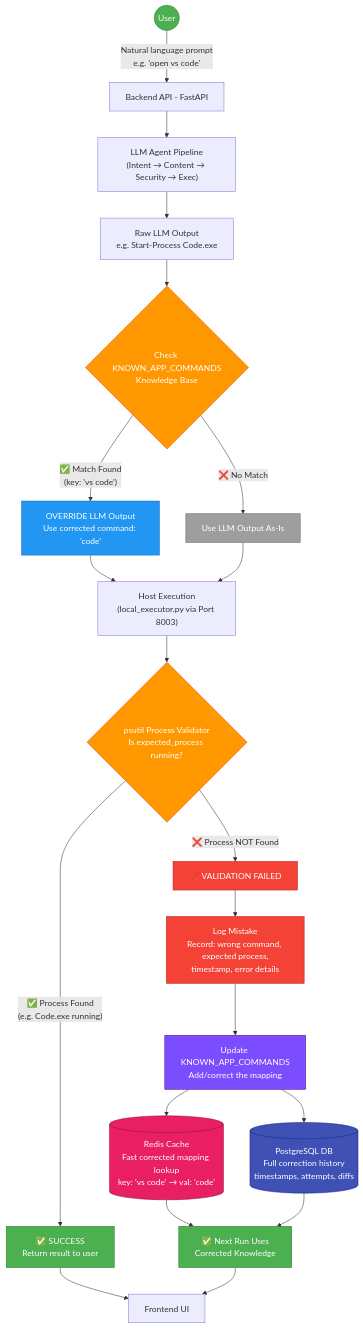
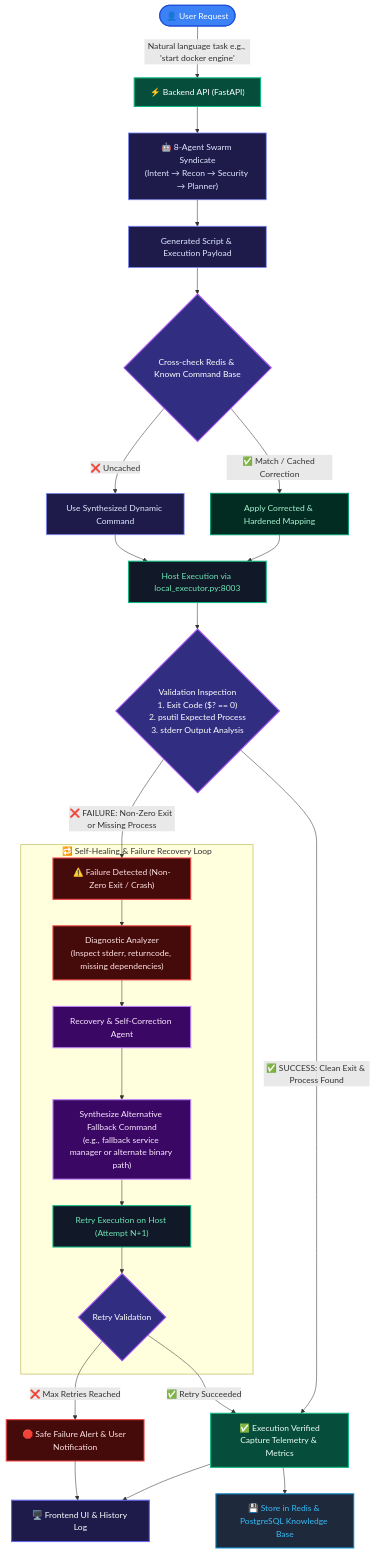
The diagram in docs/diagrams/learning_fix_flow.mmd (vishwajitvm/OmniShell), drawn with Mermaid before and after one commit. The commit also changed 19 other files, not shown here.

First line of the commit message:
feat: Enhance documentation and security for OmniShell

```diff
--- a/docs/diagrams/learning_fix_flow.mmd
+++ b/docs/diagrams/learning_fix_flow.mmd
@@ -1,66 +1,57 @@
-graph TD;
+graph TD
     %% ============================================================
-    %% COMPLETE LEARNING & SELF-CORRECTION SYSTEM
-    %% Shows how OmniShell learns from mistakes and self-corrects
+    %% COMPLETE LEARNING, SELF-CORRECTION & FAILURE RECOVERY FLOW
+    %% Demonstrates error trapping, telemetry, self-healing, and cache update
     %% ============================================================
 
     %% 1. User Prompt Entry
-    User((User)) -->|"Natural language prompt<br/>e.g. 'open vs code'"| Backend[Backend API - FastAPI];
+    User(["👤 User Request"]):::userClass -->|"Natural language task e.g., 'start docker engine'"| Backend["⚡ Backend API (FastAPI)"]:::backendClass
 
-    %% 2. LLM generates a raw command
-    Backend --> LLM["LLM Agent Pipeline<br/>(Intent → Content → Security → Exec)"];
-    LLM --> RawCmd["Raw LLM Output<br/>e.g. Start-Process Code.exe"];
+    %% 2. 8-Agent Swarm Processing
+    Backend --> Swarm["🤖 8-Agent Swarm Syndicate\n(Intent → Recon → Security → Planner)"]:::agentClass
+    Swarm --> CommandGen["Generated Script & Execution Payload"]:::agentClass
 
-    %% 3. Knowledge Base Check FIRST
-    RawCmd --> KBCheck{"Check KNOWN_APP_COMMANDS<br/>Knowledge Base"};
+    %% 3. Knowledge Base & Cache Cross-Check
+    CommandGen --> KBCheck{"Cross-check Redis & Known Command Base"}:::decisionClass
+    KBCheck -->|"✅ Match / Cached Correction"| Override["Apply Corrected & Hardened Mapping"]:::execClass
+    KBCheck -->|"❌ Uncached"| PassThru["Use Synthesized Dynamic Command"]:::agentClass
 
-    %% 4a. Match Found → Override LLM Output
-    KBCheck -->|"✅ Match Found<br/>(key: 'vs code')"| Override["OVERRIDE LLM Output<br/>Use corrected command: 'code'"];
+    %% 4. Execution on Native Host
+    Override --> Exec["Host Execution via local_executor.py:8003"]:::hostClass
+    PassThru --> Exec
 
-    %% 4b. No Match → Use LLM Output As-Is
-    KBCheck -->|"❌ No Match"| PassThru["Use LLM Output As-Is"];
+    %% 5. Verification & Telemetry Inspection
+    Exec --> Validate{"Validation Inspection\n1. Exit Code ($? == 0)\n2. psutil Expected Process\n3. stderr Output Analysis"}:::decisionClass
 
-    %% 5. Execution on Host
-    Override --> Exec["Host Execution<br/>(local_executor.py via Port 8003)"];
-    PassThru --> Exec;
+    %% 6a. Success Path
+    Validate -->|"✅ SUCCESS: Clean Exit & Process Found"| Success["✅ Execution Verified\nCapture Telemetry & Metrics"]:::verifyClass
+    Success --> UI["🖥️ Frontend UI & History Log"]:::uiClass
+    Success --> CacheSave["💾 Store in Redis & PostgreSQL Knowledge Base"]:::dbClass
 
-    %% 6. Process Validation with psutil
-    Exec --> Validate{"psutil Process Validator<br/>Is expected_process running?"};
+    %% 6b. Failure Path & Self-Correction
+    Validate -->|"❌ FAILURE: Non-Zero Exit or Missing Process"| Failure["⚠️ Failure Detected (Non-Zero Exit / Crash)"]:::failClass
+    
+    subgraph SelfHealing ["🔁 Self-Healing & Failure Recovery Loop"]
+        Failure --> Diagnostic["Diagnostic Analyzer\n(Inspect stderr, returncode, missing dependencies)"]:::failClass
+        Diagnostic --> RecoveryAgent["Recovery & Self-Correction Agent"]:::healClass
+        RecoveryAgent --> SynthesizeAlternative["Synthesize Alternative Fallback Command\n(e.g., fallback service manager or alternate binary path)"]:::healClass
+        SynthesizeAlternative --> RetryExec["Retry Execution on Host (Attempt N+1)"]:::hostClass
+        RetryExec --> RetryValidate{"Retry Validation"}:::decisionClass
+    end
 
-    %% 7a. Validation SUCCESS
-    Validate -->|"✅ Process Found<br/>(e.g. Code.exe running)"| Success["✅ SUCCESS<br/>Return result to user"];
-    Success --> UI[Frontend UI];
+    RetryValidate -->|"✅ Retry Succeeded"| Success
+    RetryValidate -->|"❌ Max Retries Reached"| UserAlert["🛑 Safe Failure Alert & User Notification"]:::failClass
+    UserAlert --> UI
 
-    %% 7b. Validation FAILS → Learn from mistake
-    Validate -->|"❌ Process NOT Found"| Fail["❌ VALIDATION FAILED"];
-
-    %% 8. Log the mistake
-    Fail --> LogMistake["Log Mistake<br/>Record: wrong command, expected process,<br/>timestamp, error details"];
-
-    %% 9. Update Knowledge Base for next time
-    LogMistake --> UpdateKB["Update KNOWN_APP_COMMANDS<br/>Add/correct the mapping"];
-
-    %% 10. Redis caches corrected mapping for fast lookup
-    UpdateKB --> RedisCache[("Redis Cache<br/>Fast corrected mapping lookup<br/>key: 'vs code' → val: 'code'")];
-
-    %% 11. PostgreSQL stores full correction history
-    UpdateKB --> Postgres[("PostgreSQL DB<br/>Full correction history<br/>timestamps, attempts, diffs")];
-
-    %% 12. Notify user and prepare for next run
-    RedisCache --> NextRun["✅ Next Run Uses<br/>Corrected Knowledge"];
-    Postgres --> NextRun;
-    NextRun --> UI;
-
-    %% Styling
-    style User fill:#4CAF50,stroke:#2E7D32,color:#fff;
-    style KBCheck fill:#FF9800,stroke:#E65100,color:#fff;
-    style Override fill:#2196F3,stroke:#1565C0,color:#fff;
-    style PassThru fill:#9E9E9E,stroke:#616161,color:#fff;
-    style Validate fill:#FF9800,stroke:#E65100,color:#fff;
-    style Success fill:#4CAF50,stroke:#2E7D32,color:#fff;
-    style Fail fill:#F44336,stroke:#B71C1C,color:#fff;
-    style LogMistake fill:#F44336,stroke:#B71C1C,color:#fff;
-    style UpdateKB fill:#7C4DFF,stroke:#4A148C,color:#fff;
-    style RedisCache fill:#E91E63,stroke:#880E4F,color:#fff;
-    style Postgres fill:#3F51B5,stroke:#1A237E,color:#fff;
-    style NextRun fill:#4CAF50,stroke:#2E7D32,color:#fff;
+    %% Class Styles
+    classDef userClass fill:#3b82f6,stroke:#1d4ed8,color:#ffffff,stroke-width:2px;
+    classDef backendClass fill:#064e3b,stroke:#10b981,color:#ffffff,stroke-width:2px;
+    classDef agentClass fill:#1e1b4b,stroke:#818cf8,color:#e0e7ff,stroke-width:1.5px;
+    classDef decisionClass fill:#312e81,stroke:#a855f7,color:#ffffff,stroke-width:2px;
+    classDef execClass fill:#022c22,stroke:#059669,color:#a7f3d0,stroke-width:2px;
+    classDef hostClass fill:#111827,stroke:#10b981,color:#6ee7b7,stroke-width:2px;
+    classDef verifyClass fill:#064e3b,stroke:#10b981,color:#ecfdf5,stroke-width:2px;
+    classDef uiClass fill:#1e1b4b,stroke:#6366f1,color:#ffffff,stroke-width:2px;
+    classDef dbClass fill:#1e293b,stroke:#0284c7,color:#38bdf8,stroke-width:2px;
+    classDef failClass fill:#450a0a,stroke:#ef4444,color:#fee2e2,stroke-width:2px;
+    classDef healClass fill:#3b0764,stroke:#c084fc,color:#fae8ff,stroke-width:2px;
```
